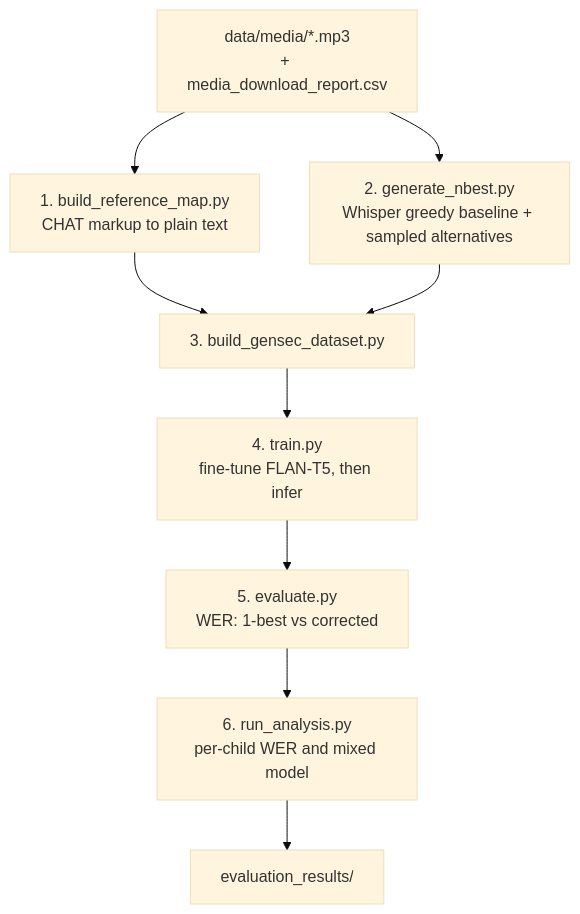
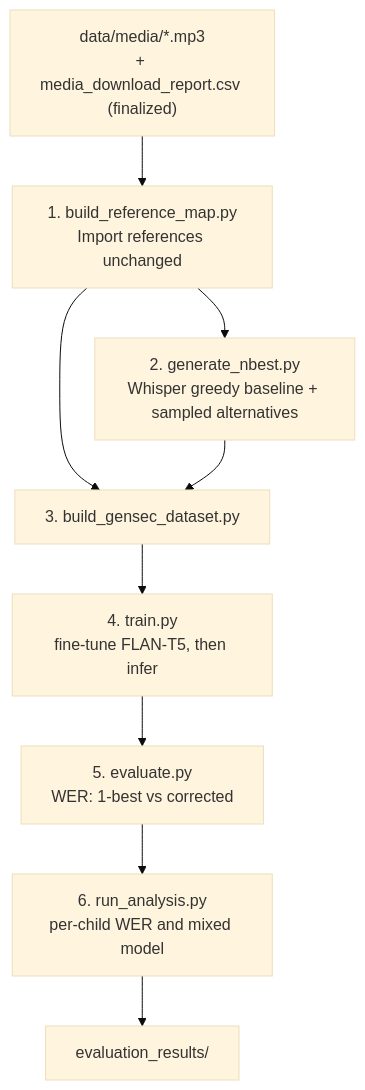
The diagram in README.md (girwandhakal/gensec-asr), drawn with Mermaid (base theme) before and after one commit. The commit also changed other lines of this file and 35 other files, not shown here.

First line of the commit message:
Use finalized upstream references throughout GenSEC

````diff
--- a/README.md
+++ b/README.md
@@ -53,11 +53,11 @@
 ```mermaid
 flowchart TD
-    A["data/media/*.mp3<br/>+ media_download_report.csv"] --> B[1. build_reference_map.py<br/>CHAT markup to plain text]
-    A --> C[2. generate_nbest.py<br/>Whisper greedy baseline + sampled alternatives]
+    A["data/media/*.mp3<br/>+ media_download_report.csv (finalized)"] --> B[1. build_reference_map.py<br/>Import references unchanged]
+    B --> C[2. generate_nbest.py<br/>Whisper greedy baseline + sampled alternatives]
     B --> D[3. build_gensec_dataset.py]
     C --> D
     D --> E[4. train.py<br/>fine-tune FLAN-T5, then infer]
     E --> F[5. evaluate.py<br/>WER: 1-best vs corrected]
     F --> G[6. run_analysis.py<br/>per-child WER and mixed model]
     G --> H[evaluation_results/]
 ```
````
